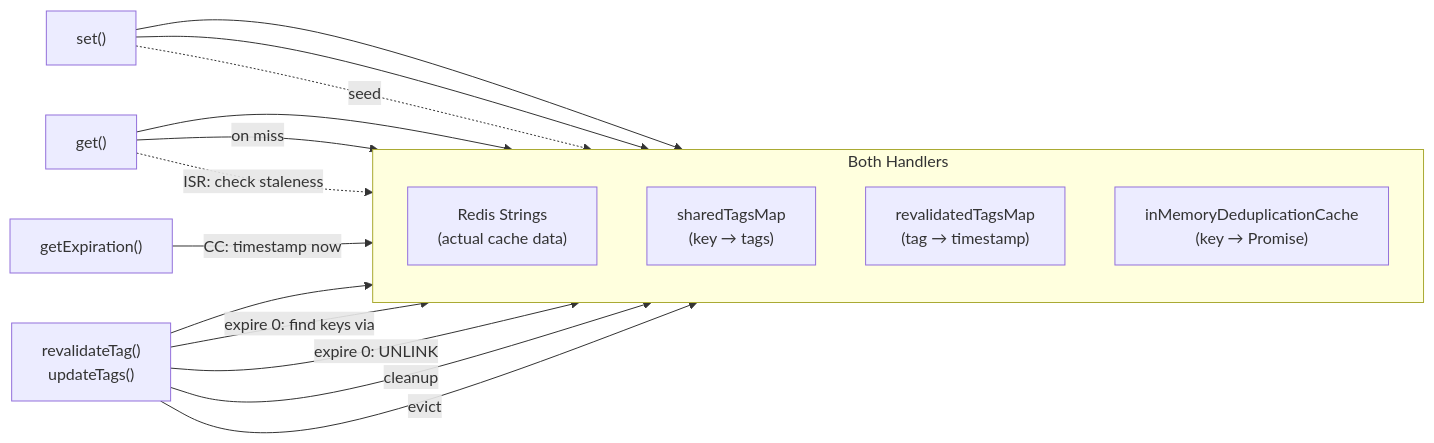
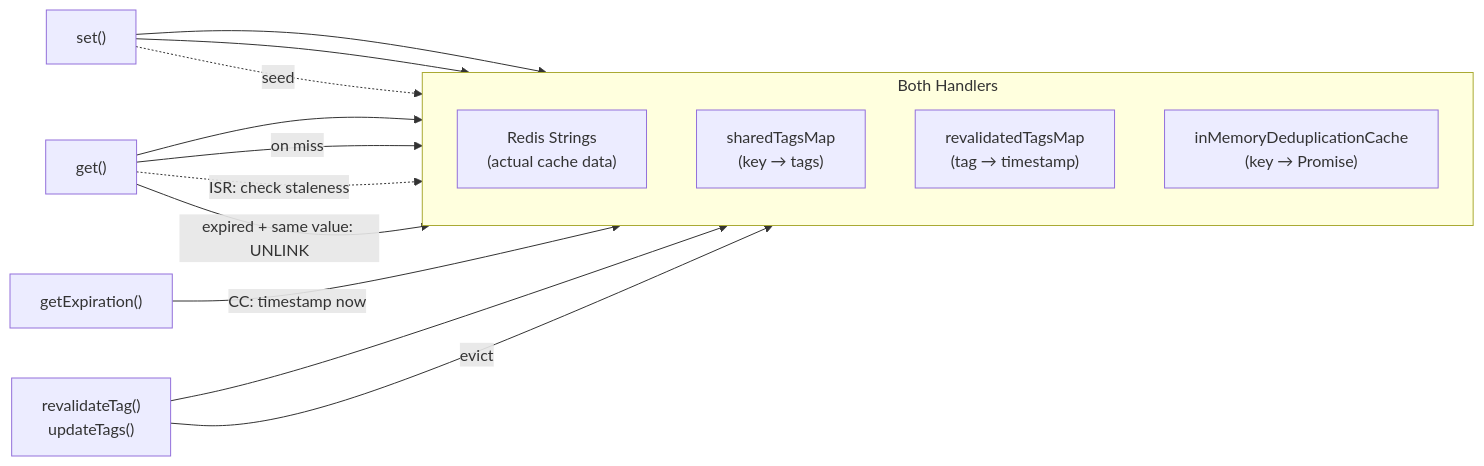
One commit to trieb-work/nextjs-turbo-redis-cache changed the ninth of 9 diagrams in ARCHITECTURE.md. Above: the diagram before and after it, drawn with Mermaid. The commit also changed other lines of this file and 8 other files, not shown here.

````diff
--- a/ARCHITECTURE.md
+++ b/ARCHITECTURE.md
@@ -436,23 +448,21 @@
 ```mermaid
 flowchart LR
     subgraph "Both Handlers"
         direction TB
         A["Redis Strings\n(actual cache data)"]
         B["sharedTagsMap\n(key → tags)"]
         C["revalidatedTagsMap\n(tag → timestamp)"]
         D["inMemoryDeduplicationCache\n(key → Promise)"]
     end
 
     SET["set()"] --> A
     SET --> B
     SET -.->|"seed"| D
     GET["get()"] --> D
     GET -->|"on miss"| A
     GET -.->|"ISR: check staleness"| C
     EXP["getExpiration()"] -->|"CC: timestamp now"| C
     REV["revalidateTag()\nupdateTags()"] --> C
-    REV -->|"expire 0: find keys via"| B
-    REV -->|"expire 0: UNLINK"| A
-    REV -->|"cleanup"| B
     REV -->|"evict"| D
+    GET -->|"expired + same value: UNLINK"| A
 ```
````
